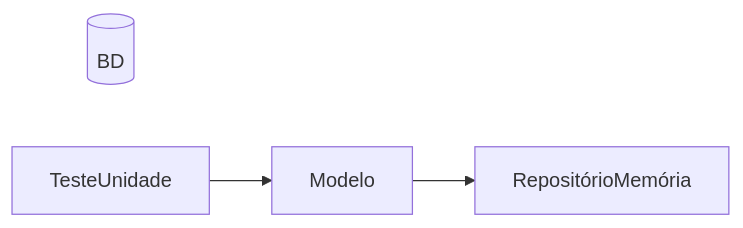
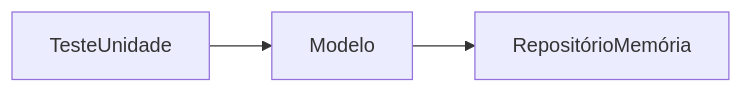
One commit to mtov/esmforum changed the second of 2 diagrams in docs/testes-unidade.md. Above: the diagram before and after it, drawn with Mermaid. The commit also changed other lines of this file and 1 other file, not shown here.

````diff
--- a/docs/testes-unidade.md
+++ b/docs/testes-unidade.md
@@ -74,6 +80,5 @@
 ```mermaid
 flowchart LR
-    BD[(BD)]
     TesteUnidade --> Modelo
     Modelo --> RepositórioMemória
 ```
````
